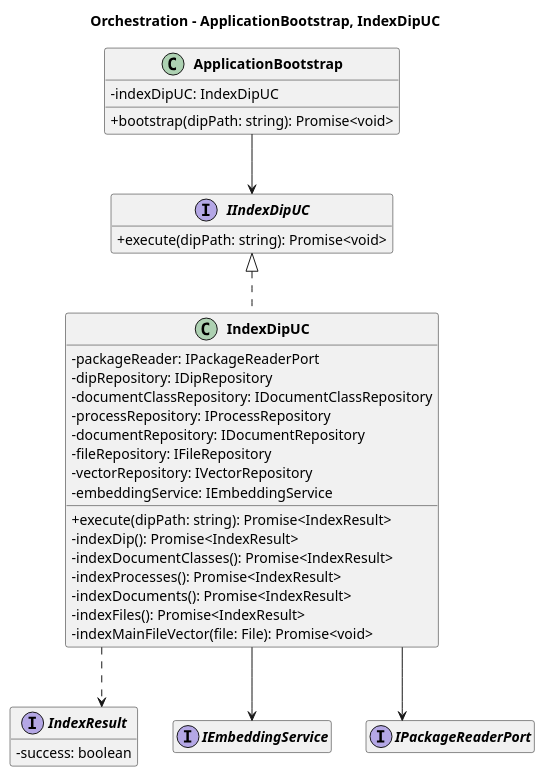
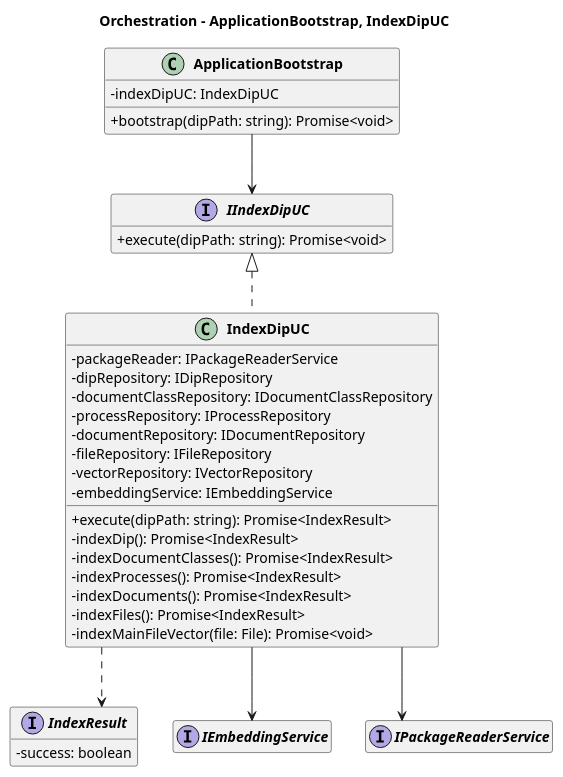
One commit to 7-ZPUs/Docs changed the diagram in 3_PB/DocumentiEsterni/DiagrammiSpecificaTecnica/C4/C4_Orchestration.puml. Above: the diagram before and after it, drawn with PlantUML. The commit also changed 11 other files, not shown here.

```diff
--- a/3_PB/DocumentiEsterni/DiagrammiSpecificaTecnica/C4/C4_Orchestration.puml
+++ b/3_PB/DocumentiEsterni/DiagrammiSpecificaTecnica/C4/C4_Orchestration.puml
@@ -1,52 +1,52 @@
 @startuml Class Diagram - Main Indexing Flow - Orchestration
 
 top to bottom direction
 skinparam classAttributeIconSize 0
 skinparam classFontStyle bold
 skinparam packageStyle rectangle
 skinparam linetype ortho
 hide empty members
 
 title Orchestration - ApplicationBootstrap, IndexDipUC
 
 
   class ApplicationBootstrap {
     - indexDipUC: IndexDipUC
     + bootstrap(dipPath: string): Promise<void>
   }
 
   interface IIndexDipUC {
     + execute(dipPath: string): Promise<void>
   }
 
   class IndexDipUC implements IIndexDipUC {
-     - packageReader: IPackageReaderPort
+      - packageReader: IPackageReaderService
      - dipRepository: IDipRepository
      - documentClassRepository: IDocumentClassRepository
      - processRepository: IProcessRepository
      - documentRepository: IDocumentRepository
      - fileRepository: IFileRepository
      - vectorRepository: IVectorRepository
      - embeddingService: IEmbeddingService
      + execute(dipPath: string): Promise<IndexResult>
      - indexDip(): Promise<IndexResult>
      - indexDocumentClasses(): Promise<IndexResult>
      - indexProcesses(): Promise<IndexResult>
      - indexDocuments(): Promise<IndexResult>
      - indexFiles(): Promise<IndexResult>
      - indexMainFileVector(file: File): Promise<void>
   }
 
   interface IndexResult{
      - success: boolean
   }
 
 
 interface IEmbeddingService {}
-interface IPackageReaderPort {}
+interface IPackageReaderService {}
 
 ApplicationBootstrap --> IIndexDipUC
-IndexDipUC --> IPackageReaderPort
+IndexDipUC --> IPackageReaderService
 IndexDipUC --> IEmbeddingService
 IndexDipUC ..> IndexResult
 @enduml
```
